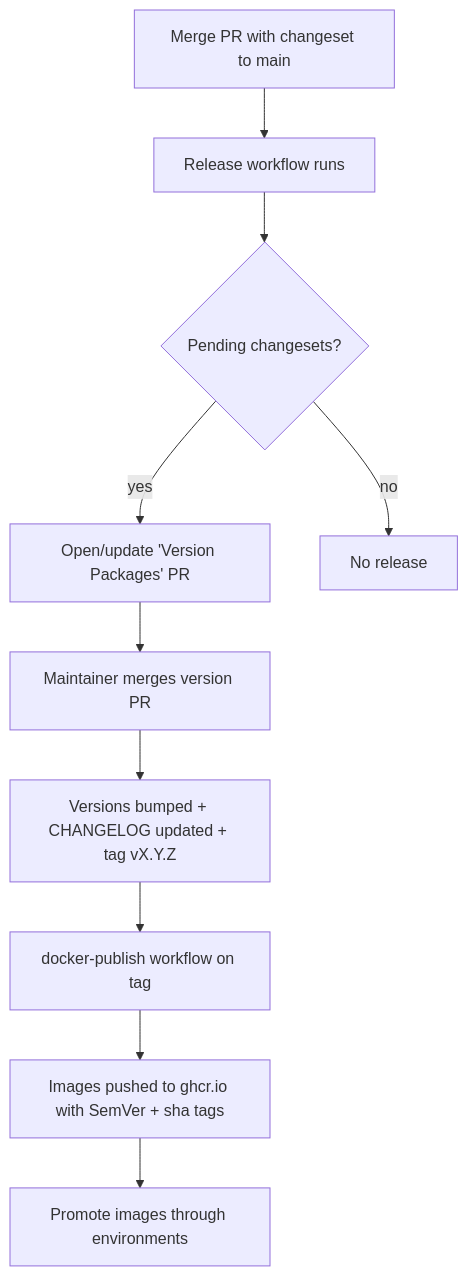
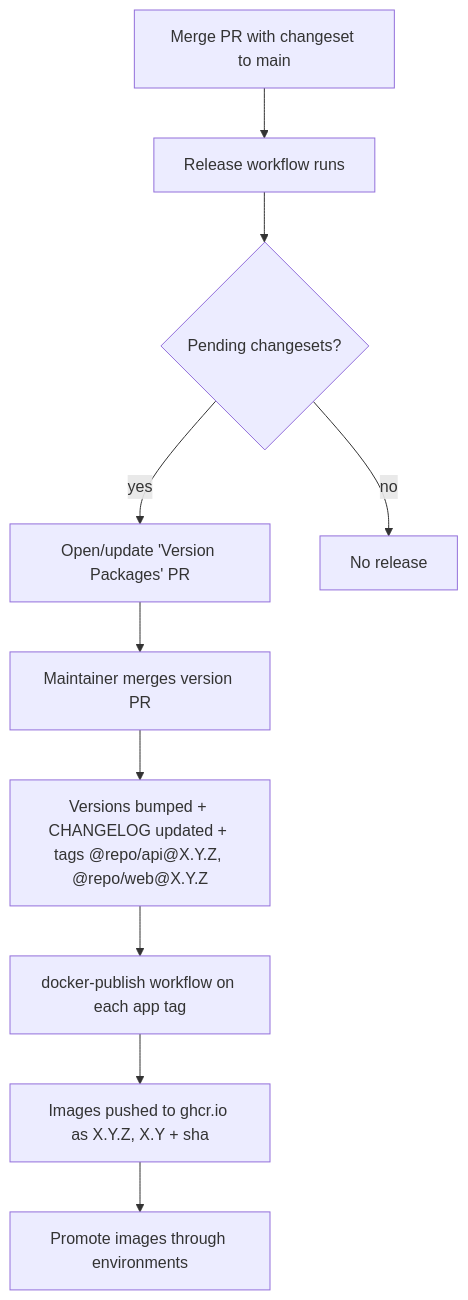
One commit to HuttonHomeHub/WorkHub changed the first of 2 diagrams in docs/DEPLOYMENT.md. Above: the diagram before and after it, drawn with Mermaid. The commit also changed other lines of this file and 8 other files, not shown here.

````diff
--- a/docs/DEPLOYMENT.md
+++ b/docs/DEPLOYMENT.md
@@ -9,12 +9,12 @@
 ```mermaid
 flowchart TD
   A[Merge PR with changeset to main] --> B[Release workflow runs]
   B --> C{Pending changesets?}
   C -- yes --> D[Open/update 'Version Packages' PR]
   D --> E[Maintainer merges version PR]
-  E --> F[Versions bumped + CHANGELOG updated + tag vX.Y.Z]
-  F --> G[docker-publish workflow on tag]
-  G --> H[Images pushed to ghcr.io with SemVer + sha tags]
+  E --> F[Versions bumped + CHANGELOG updated + tags @repo/api@X.Y.Z, @repo/web@X.Y.Z]
+  F --> G[docker-publish workflow on each app tag]
+  G --> H[Images pushed to ghcr.io as X.Y.Z, X.Y + sha]
   H --> I[Promote images through environments]
   C -- no --> J[No release]
 ```
````
